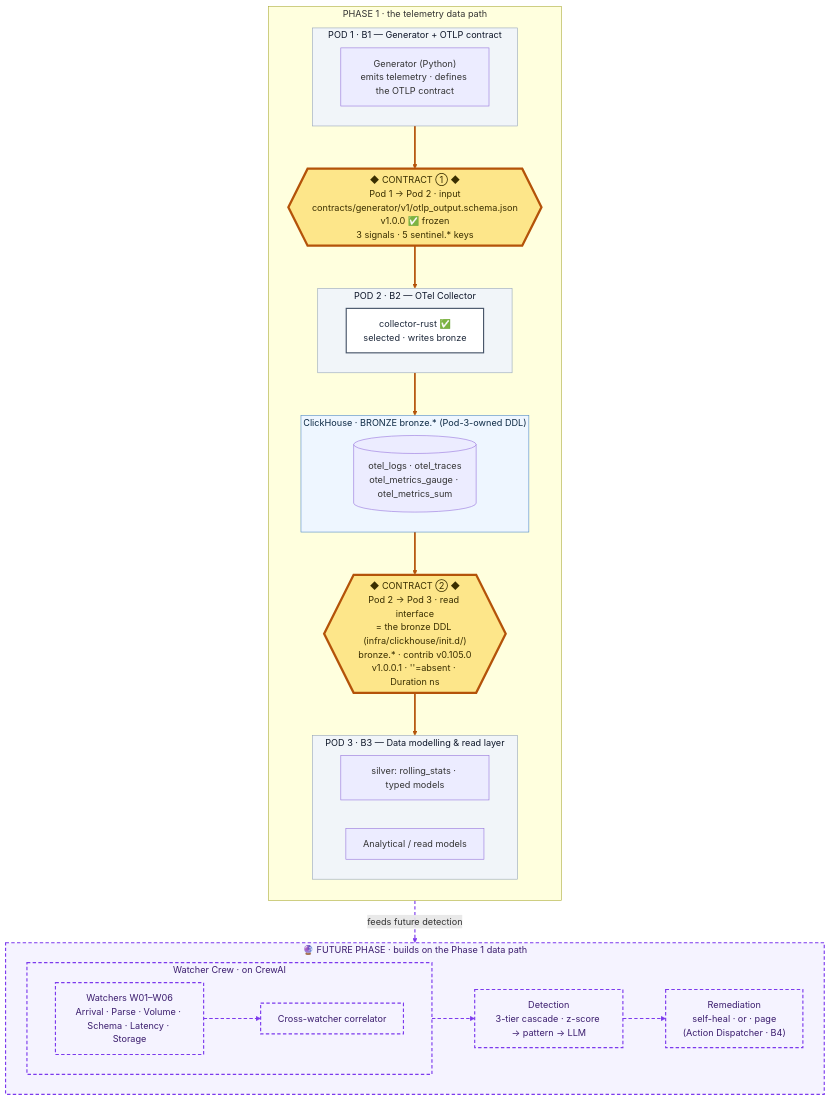
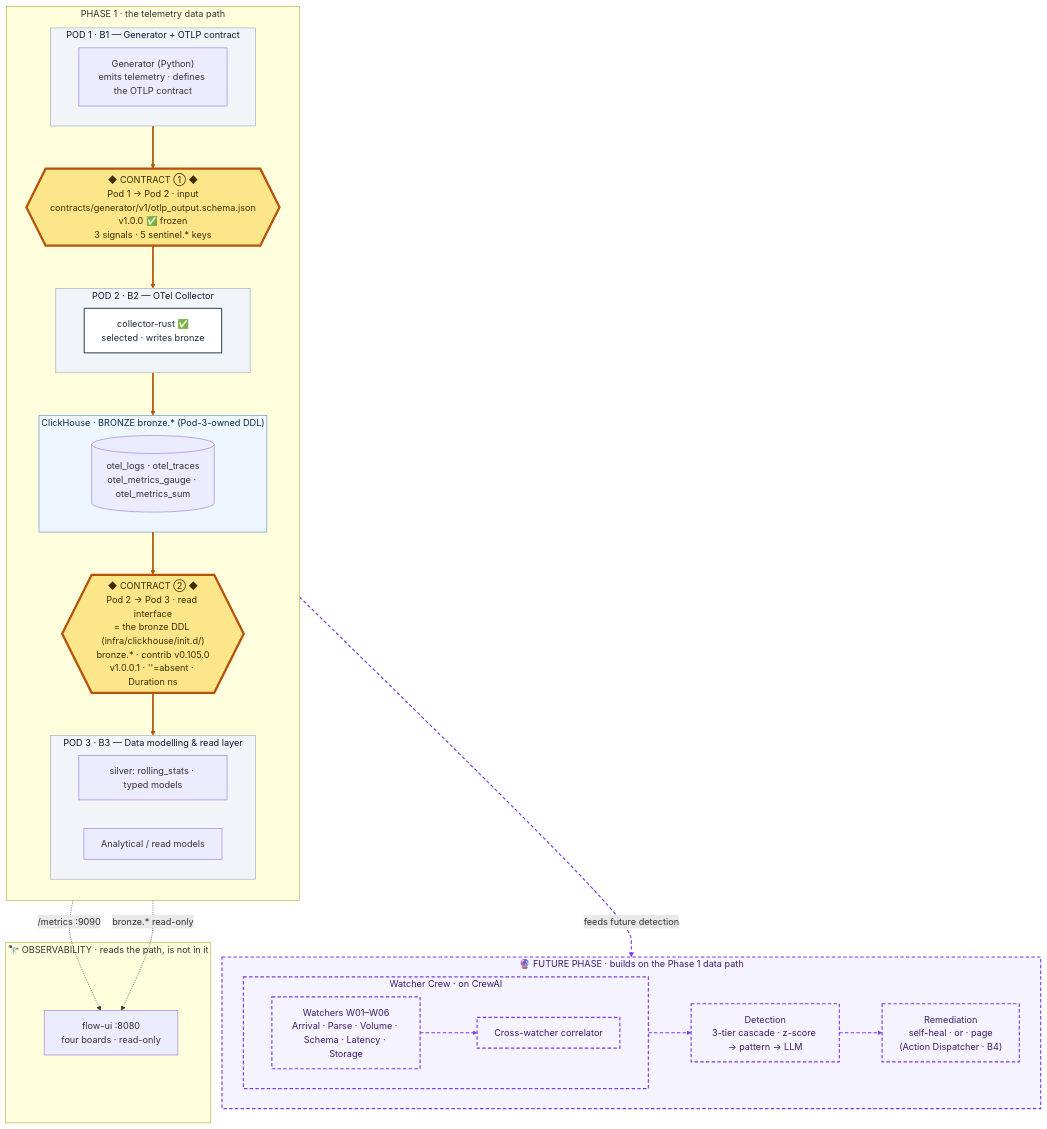
The diagram in README.md (luanmorenommaciel/sentinel), drawn with Mermaid before and after one commit. The commit also changed other lines of this file and 12 other files, not shown here.

````diff
--- a/README.md
+++ b/README.md
@@ -14,58 +14,64 @@
 ```mermaid
 flowchart TB
     subgraph PHASE1["PHASE 1 · the telemetry data path"]
         direction TB
         subgraph POD1["POD 1 · B1 — Generator + OTLP contract"]
             GEN["Generator (Python)<br/>emits telemetry · defines the OTLP contract"]
         end
 
         C1{{"◆ CONTRACT ① ◆<br/>Pod 1 → Pod 2 · input<br/>contracts/generator/v1/otlp_output.schema.json<br/>v1.0.0 ✅ frozen<br/>3 signals · 5 sentinel.* keys"}}
 
         subgraph POD2["POD 2 · B2 — OTel Collector"]
             CRUST["collector-rust ✅<br/>selected · writes bronze"]
         end
 
         subgraph STORE["ClickHouse · BRONZE bronze.* (Pod-3-owned DDL)"]
             direction LR
             RAW[("otel_logs · otel_traces<br/>otel_metrics_gauge · otel_metrics_sum")]
         end
 
         C2{{"◆ CONTRACT ② ◆<br/>Pod 2 → Pod 3 · read interface<br/>= the bronze DDL (infra/clickhouse/init.d/)<br/>bronze.* · contrib v0.105.0<br/>v1.0.0.1 · ''=absent · Duration ns"}}
 
         subgraph POD3["POD 3 · B3 — Data modelling & read layer"]
             direction LR
             SILVER["silver: rolling_stats · typed models"]
             DM["Analytical / read models"]
         end
 
         POD1 ==> C1 ==> POD2 ==> STORE ==> C2 ==> POD3
     end
 
     subgraph FUTURE["🔮 FUTURE PHASE · builds on the Phase 1 data path"]
         direction LR
         subgraph CREW["Watcher Crew · on CrewAI"]
             direction LR
             WATCH["Watchers W01–W06<br/>Arrival · Parse · Volume · Schema · Latency · Storage"]
             XCORR["Cross-watcher correlator"]
             WATCH --> XCORR
         end
         DETECT["Detection<br/>3-tier cascade · z-score → pattern → LLM"]
         REMED["Remediation<br/>self-heal · or · page<br/>(Action Dispatcher · B4)"]
         CREW --> DETECT --> REMED
     end
 
     POD3 -.->|"feeds future detection"| FUTURE
 
+    subgraph OBS["🔭 OBSERVABILITY · reads the path, is not in it"]
+        FLOW["flow-ui :8080<br/>four boards · read-only"]
+    end
+    POD2 -. "/metrics :9090" .-> FLOW
+    STORE -. "bronze.* read-only" .-> FLOW
+
     classDef contract fill:#fde68a,stroke:#b45309,stroke-width:4px,color:#3a2f00;
     classDef zone fill:#f1f5f9,stroke:#94a3b8,color:#0f172a;
     classDef store fill:#eef6ff,stroke:#4a86c5,color:#0d2a45;
     classDef refimpl fill:#ffffff,stroke:#475569,stroke-width:2px,color:#1e293b;
     classDef future fill:#f5f3ff,stroke:#7c3aed,stroke-width:2px,stroke-dasharray:6 4,color:#3b1d6e;
     class C1,C2 contract;
     class POD1,POD2,POD3 zone;
     class STORE store;
     class CRUST refimpl;
     class FUTURE,CREW,WATCH,XCORR,DETECT,REMED future;
     linkStyle 0,1,2,3,4 stroke:#b45309,stroke-width:3px;
     linkStyle 5,6,7,8 stroke:#7c3aed,stroke-width:2px,stroke-dasharray:6 4;
 ```
````
